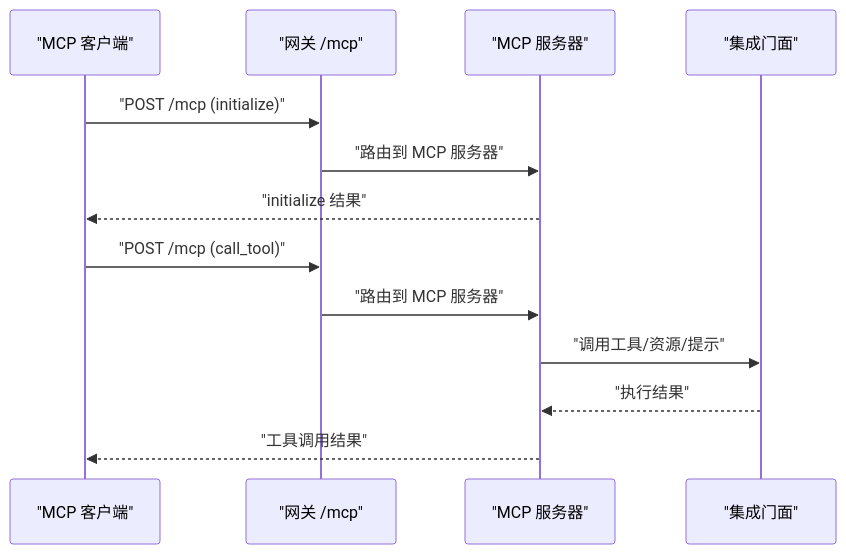
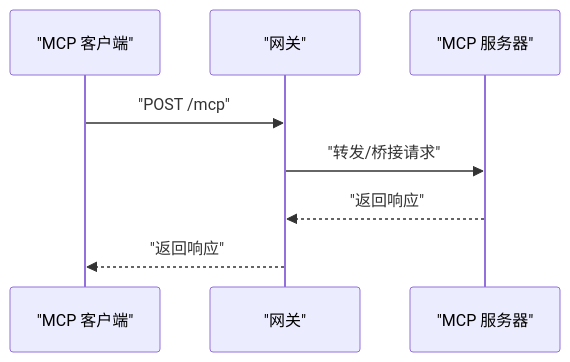
The fourth of 6 diagrams in .qoder/repowiki/zh/content/API 参考/API 参考.md (wayyet/kingcrab), drawn with Mermaid before and after one commit. The commit also changed other lines of this file and 173 other files, not shown here.

````diff
--- a/.qoder/repowiki/zh/content/API 参考/API 参考.md
+++ b/.qoder/repowiki/zh/content/API 参考/API 参考.md
@@ -233,15 +183,10 @@
 ```mermaid
 sequenceDiagram
 participant Client as "MCP 客户端"
-participant GW as "网关 /mcp"
+participant GW as "网关"
 participant MCP as "MCP 服务器"
-participant Facade as "集成门面"
-Client->>GW : "POST /mcp (initialize)"
-GW->>MCP : "路由到 MCP 服务器"
-MCP-->>Client : "initialize 结果"
-Client->>GW : "POST /mcp (call_tool)"
-GW->>MCP : "路由到 MCP 服务器"
-MCP->>Facade : "调用工具/资源/提示"
-Facade-->>MCP : "执行结果"
-MCP-->>Client : "工具调用结果"
+Client->>GW : "POST /mcp"
+GW->>MCP : "转发/桥接请求"
+MCP-->>GW : "返回响应"
+GW-->>Client : "返回响应"
 ```
````
